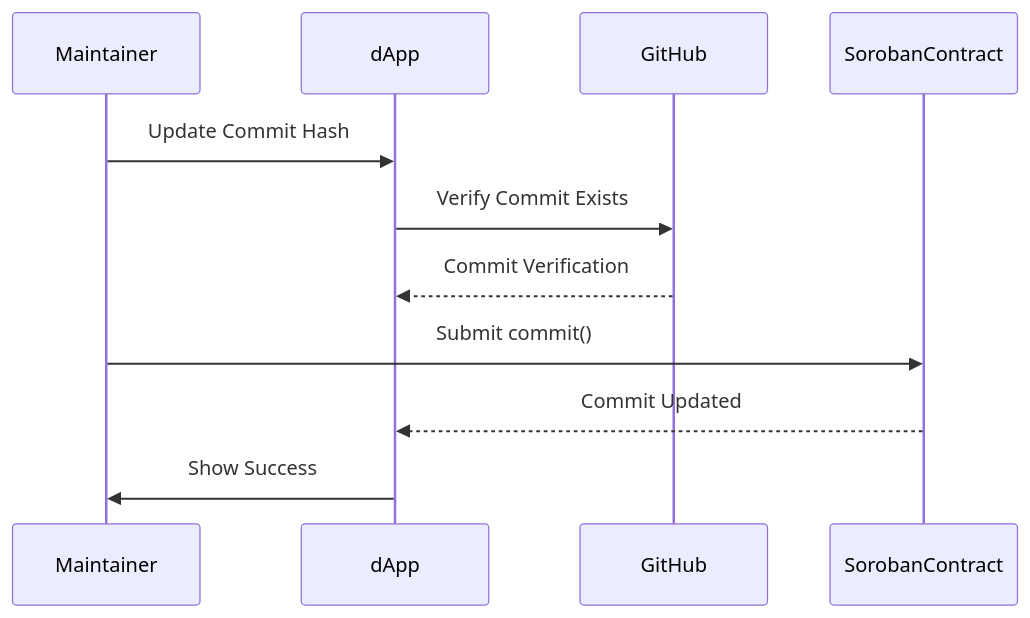
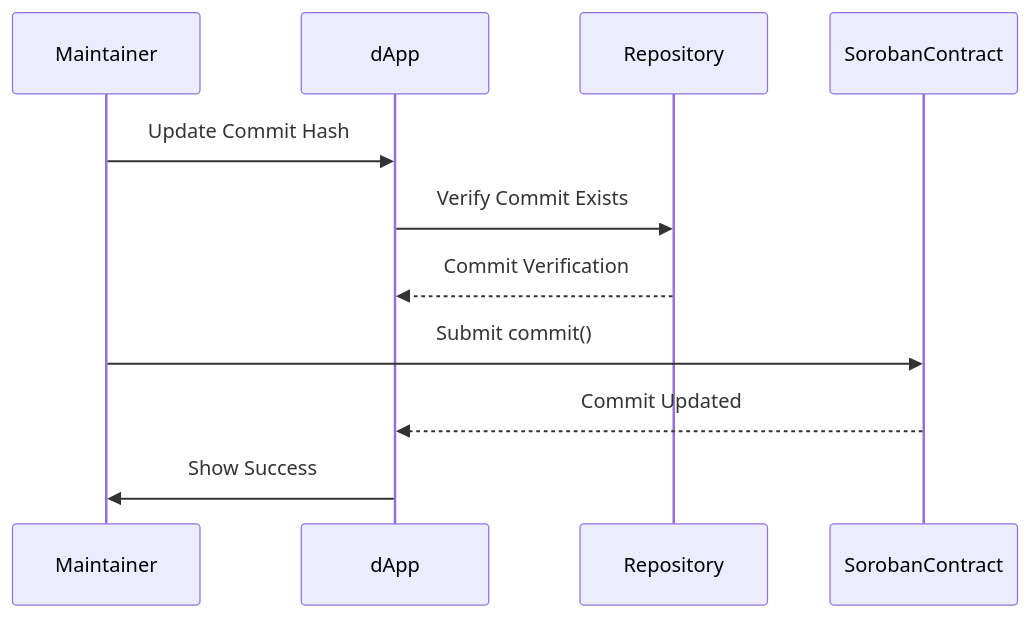
One commit to Oluwatos94/tansu changed the fifth of 6 diagrams in website/docs/developers/user_flows.mdx. Above: the diagram before and after it, drawn with Mermaid. The commit also changed other lines of this file and 21 other files, not shown here.

````diff
--- a/website/docs/developers/user_flows.mdx
+++ b/website/docs/developers/user_flows.mdx
@@ -269,14 +271,14 @@
 ```mermaid
 sequenceDiagram
   participant M as Maintainer
   participant D as dApp
-  participant GH as GitHub
+  participant R as Repository
   participant SC as SorobanContract
 
   M->>D: Update Commit Hash
-  D->>GH: Verify Commit Exists
-  GH-->>D: Commit Verification
+  D->>R: Verify Commit Exists
+  R-->>D: Commit Verification
   M->>SC: Submit commit()
   SC-->>D: Commit Updated
   D->>M: Show Success
 ```
````
